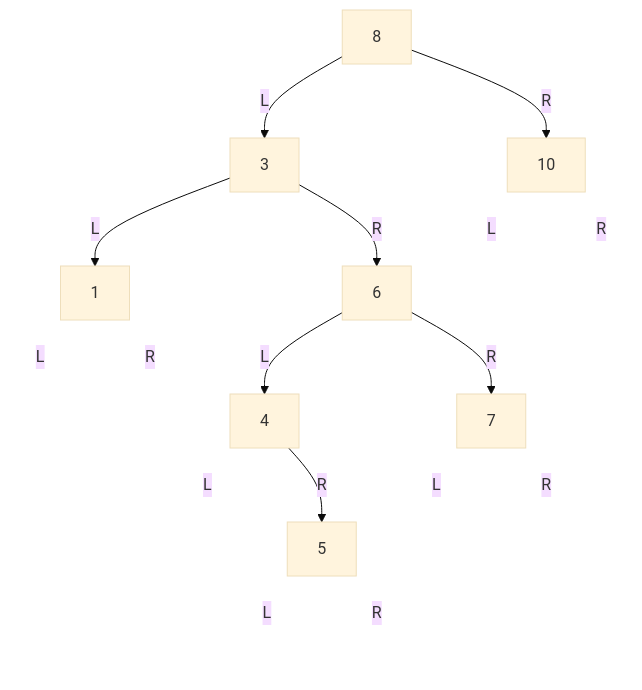
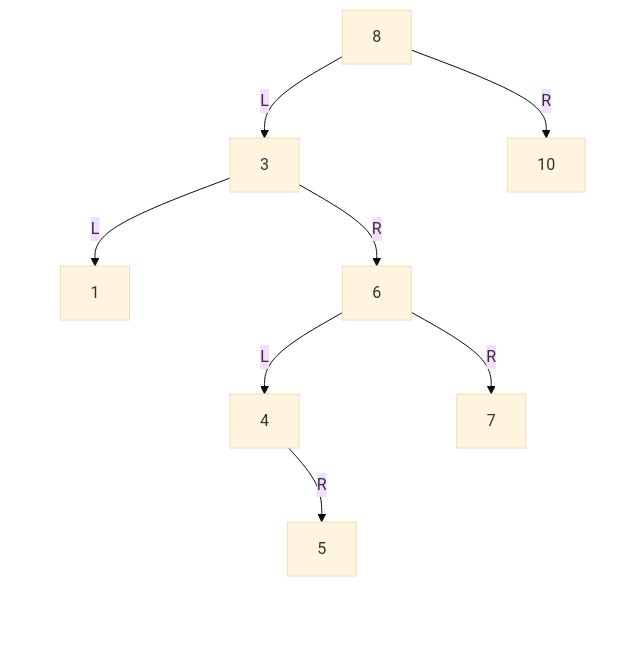
The sixth of 6 diagrams in knowledge/linux/data_structures/红黑树_rb-tree/P03_二叉搜索树_BST.md (FormingSystem/linux_note), drawn with Mermaid (base theme) before and after one commit. The commit also changed other lines of this file and 3 other files, not shown here.

````diff
--- a/knowledge/linux/data_structures/红黑树_rb-tree/P03_二叉搜索树_BST.md
+++ b/knowledge/linux/data_structures/红黑树_rb-tree/P03_二叉搜索树_BST.md
@@ -466,63 +466,63 @@
 ```mermaid
 graph TD
 		A["8"]
 
 		B["3"]
 		C["10"]
 
 		D["1"]
 		E["6"]
 		C_L[" "]
 		C_R[" "]
 
 		D_L[" "]
 		D_R[" "]
 		F["4"]
 		G["7"]
 
 		F_L[" "]
 		H["5"]
 		G_L[" "]
 		G_R[" "]
 
 		H_L[" "]
 		H_R[" "]
 
 	A -->|L| B
 	A -->|R| C
 
 	B -->|L| D
 	B -->|R| E
 
-	C -->|L| C_L
-	C -->|R| C_R
+	C --> C_L
+	C --> C_R
 
-	D -->|L| D_L
-	D -->|R| D_R
+	D --> D_L
+	D --> D_R
 
 	E -->|L| F
 	E -->|R| G
 
-	F -->|L| F_L
+	F --> F_L
 	F -->|R| H
 
-	G -->|L| G_L
-	G -->|R| G_R
+	G --> G_L
+	G --> G_R
 
-	H -->|L| H_L
-	H -->|R| H_R
+	H --> H_L
+	H --> H_R
 
 	classDef ghost fill:transparent,stroke:transparent,color:transparent;
 	class C_L,C_R,D_L,D_R,F_L,G_L,G_R,H_L,H_R ghost;
 
 
 	linkStyle 4 stroke:transparent;
 	linkStyle 5 stroke:transparent;
 	linkStyle 6 stroke:transparent;
 	linkStyle 7 stroke:transparent;
 	linkStyle 10 stroke:transparent;
 	linkStyle 12 stroke:transparent;
 	linkStyle 13 stroke:transparent;
 	linkStyle 14 stroke:transparent;
 	linkStyle 15 stroke:transparent;
 ```
````
